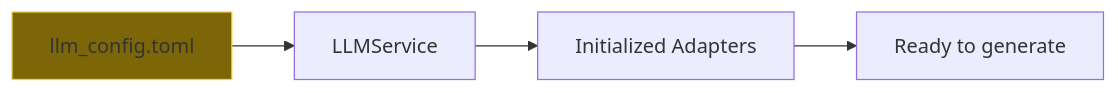
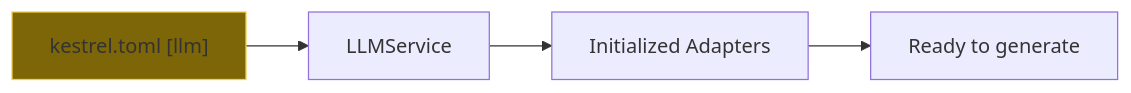
Before and after one commit to KestrelSovereignAI/kestrel-sovereign: the tenth of 13 diagrams in docs/diagrams/06-llm-management.md, drawn with Mermaid. The commit also changed other lines of this file and 5 other files, not shown here.

````diff
--- a/docs/diagrams/06-llm-management.md
+++ b/docs/diagrams/06-llm-management.md
@@ -270,8 +283,8 @@
 ```mermaid
 graph LR
-    CONFIG[llm_config.toml] --> SERVICE[LLMService]
+    CONFIG["kestrel.toml [llm]"] --> SERVICE[LLMService]
     SERVICE --> ADAPTERS[Initialized Adapters]
     ADAPTERS --> READY[Ready to generate]
     
     style CONFIG fill:#7d6608,stroke:#f4d03f
 ```
````
